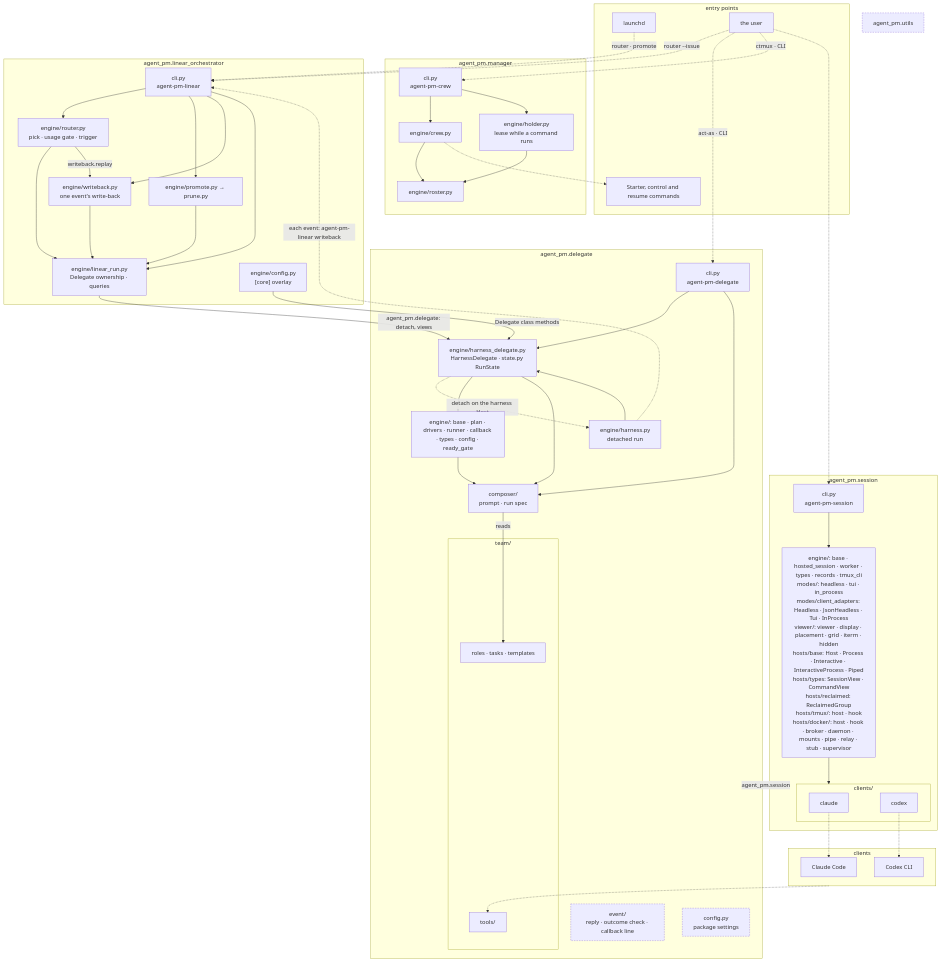
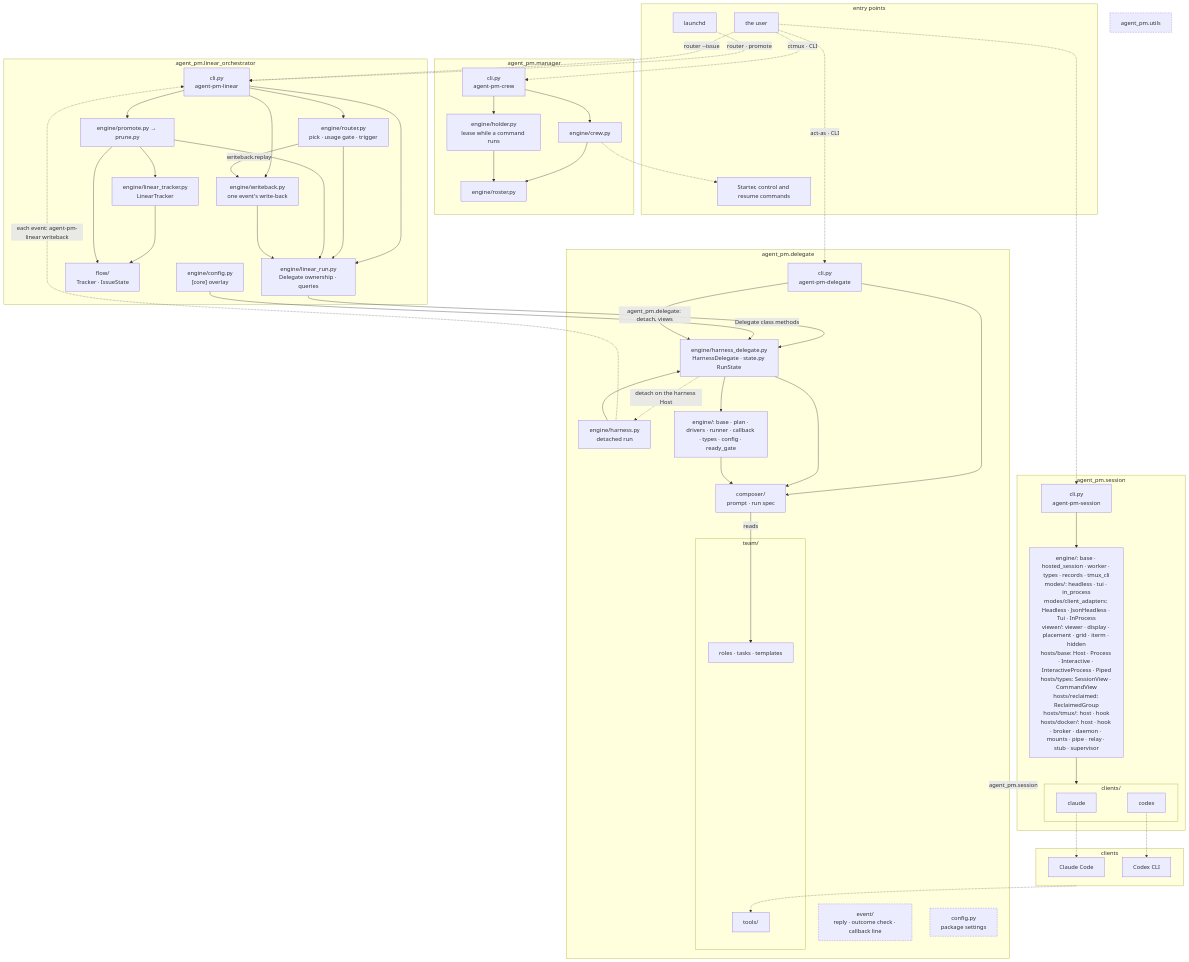
One commit to ophis/agent-pm changed the diagram in docs/architecture.md. Above: the diagram before and after it, drawn with Mermaid. The commit also changed 1 other file, not shown here.

Commit message:
docs: name the flow Tracker interface and its Linear adapter

````diff
--- a/docs/architecture.md
+++ b/docs/architecture.md
@@ -5,72 +5,76 @@
 ```mermaid
 flowchart TB
   subgraph EN[entry points]
     LD[launchd]
     HU[the user]
     CC[Starter, control and resume commands]
   end
   subgraph MG[agent_pm.manager]
     MC["cli.py<br>agent-pm-crew"] --> W["engine/crew.py"] --> RS["engine/roster.py"]
     MC --> HO["engine/holder.py<br>lease while a command runs"] --> RS
   end
   subgraph LO[agent_pm.linear_orchestrator]
     LCLI["cli.py<br>agent-pm-linear"]
     R["engine/router.py<br>pick · usage gate · trigger"]
     LR["engine/linear_run.py<br>Delegate ownership · queries"]
     WB["engine/writeback.py<br>one event's write-back"]
     PP["engine/promote.py → prune.py"]
+    LT["engine/linear_tracker.py<br>LinearTracker"]
+    FL["flow/<br>Tracker · IssueState"]
     LC["engine/config.py<br>[core] overlay"]
   end
   subgraph DL[agent_pm.delegate]
     D["cli.py<br>agent-pm-delegate"]
     HD["engine/harness_delegate.py<br>HarnessDelegate · state.py RunState"]
     H["engine/harness.py<br>detached run"]
     E["engine/: base · plan · drivers · runner · callback · types · config · ready_gate"]
     C["composer/<br>prompt · run spec"]
     EV["event/<br>reply · outcome check · callback line"]
     CF["config.py<br>package settings"]
     subgraph TM[team/]
       T["roles · tasks · templates"]
       AT[tools/]
     end
   end
   subgraph SE[agent_pm.session]
     SC["cli.py<br>agent-pm-session"]
     DR["engine/: base · hosted_session · worker · types · records · tmux_cli<br>modes/: headless · tui · in_process<br>modes/client_adapters: Headless · JsonHeadless · Tui · InProcess<br>viewer/: viewer · display · placement · grid · iterm · hidden<br>hosts/base: Host · Process · Interactive · InteractiveProcess · Piped<br>hosts/types: SessionView · CommandView<br>hosts/reclaimed: ReclaimedGroup<br>hosts/tmux/: host · hook<br>hosts/docker/: host · hook · broker · daemon · mounts · pipe · relay · stub · supervisor"]
     subgraph AD[clients/]
       CL[claude]
       CX[codex]
     end
   end
   U[agent_pm.utils]
   subgraph RT[clients]
     P1[Claude Code]
     P2[Codex CLI]
   end
   LD -.->|"router · promote"| LCLI
   HU -.->|"router --issue"| LCLI
   HU -.->|"act-as · CLI"| D
   HU -.->|"ctmux · CLI"| MC
   HU -.-> SC
   SC --> DR
   LCLI --> R & PP & WB & LR
   R & PP & WB --> LR
+  PP --> LT --> FL
+  PP --> FL
   R -->|"writeback.replay"| WB
   LR -->|"agent_pm.delegate: detach, views"| HD
   H -.->|"each event: agent-pm-linear writeback"| LCLI
   LC -->|"Delegate class methods"| HD
   W -.-> CC
   D & H --> HD
   D --> C
   HD -.->|"detach on the harness Host"| H
   HD --> E & C
   E --> C
   DL -->|agent_pm.session| SE
   C -->|reads| T
   DR --> AD
   CL -.-> P1
   CX -.-> P2
   RT -.-> AT
   classDef shared stroke-dasharray: 4 3
   class EV,U,CF shared
 ```
````
